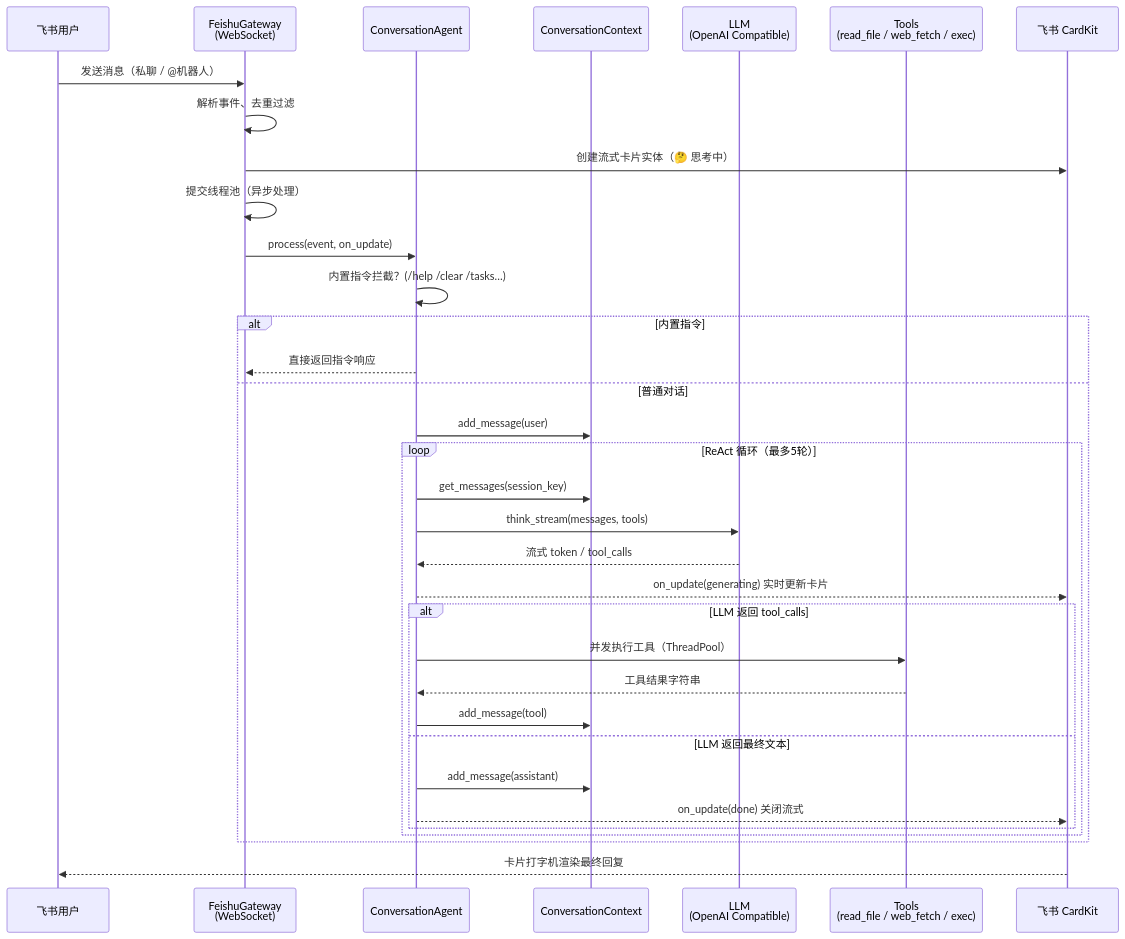
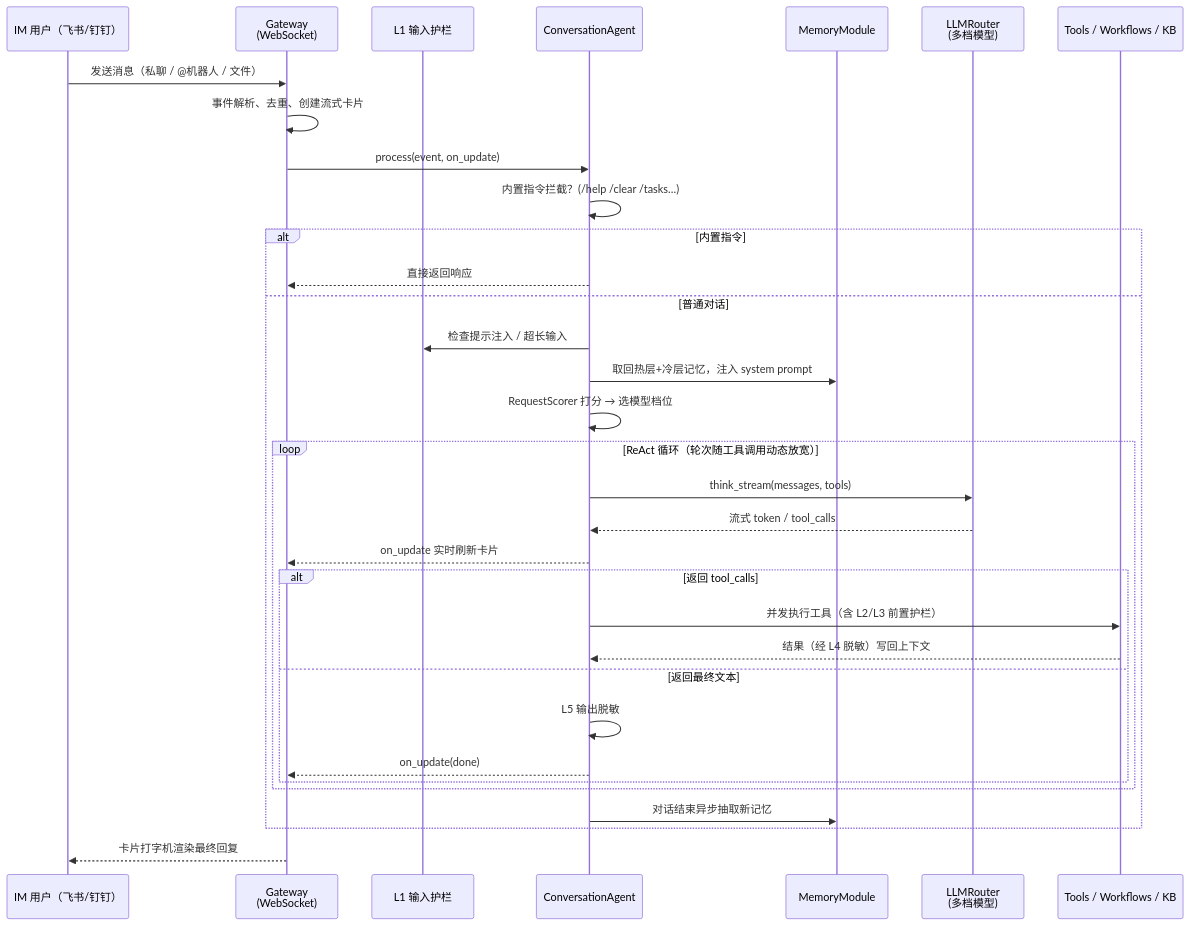
Before and after one commit to lion-no-back/personal_agent: the first of 2 diagrams in README.md, drawn with Mermaid. The commit also changed other lines of this file, not shown here.

````diff
--- a/README.md
+++ b/README.md
@@ -25,38 +140,36 @@
 ```mermaid
 sequenceDiagram
-    participant U as 飞书用户
-    participant GW as FeishuGateway<br/>(WebSocket)
+    participant U as IM 用户（飞书/钉钉）
+    participant GW as Gateway<br/>(WebSocket)
+    participant G1 as L1 输入护栏
     participant AG as ConversationAgent
-    participant CTX as ConversationContext
-    participant LLM as LLM<br/>(OpenAI Compatible)
-    participant T as Tools<br/>(read_file / web_fetch / exec)
-    participant CK as 飞书 CardKit
+    participant MEM as MemoryModule
+    participant LLM as LLMRouter<br/>(多档模型)
+    participant T as Tools / Workflows / KB
 
-    U->>GW: 发送消息（私聊 / @机器人）
-    GW->>GW: 解析事件、去重过滤
-    GW->>CK: 创建流式卡片实体（🤔 思考中）
-    GW->>GW: 提交线程池（异步处理）
+    U->>GW: 发送消息（私聊 / @机器人 / 文件）
+    GW->>GW: 事件解析、去重、创建流式卡片
     GW->>AG: process(event, on_update)
-
     AG->>AG: 内置指令拦截？(/help /clear /tasks…)
     alt 内置指令
-        AG-->>GW: 直接返回指令响应
+        AG-->>GW: 直接返回响应
     else 普通对话
-        AG->>CTX: add_message(user)
-        loop ReAct 循环（最多5轮）
-            AG->>CTX: get_messages(session_key)
+        AG->>G1: 检查提示注入 / 超长输入
+        AG->>MEM: 取回热层+冷层记忆，注入 system prompt
+        AG->>AG: RequestScorer 打分 → 选模型档位
+        loop ReAct 循环（轮次随工具调用动态放宽）
             AG->>LLM: think_stream(messages, tools)
             LLM-->>AG: 流式 token / tool_calls
-            AG-->>CK: on_update(generating) 实时更新卡片
-            alt LLM 返回 tool_calls
-                AG->>T: 并发执行工具（ThreadPool）
-                T-->>AG: 工具结果字符串
-                AG->>CTX: add_message(tool)
-            else LLM 返回最终文本
-                AG->>CTX: add_message(assistant)
-                AG-->>CK: on_update(done) 关闭流式
+            AG-->>GW: on_update 实时刷新卡片
+            alt 返回 tool_calls
+                AG->>T: 并发执行工具（含 L2/L3 前置护栏）
+                T-->>AG: 结果（经 L4 脱敏）写回上下文
+            else 返回最终文本
+                AG->>AG: L5 输出脱敏
+                AG-->>GW: on_update(done)
             end
         end
+        AG->>MEM: 对话结束异步抽取新记忆
     end
-    CK-->>U: 卡片打字机渲染最终回复
+    GW-->>U: 卡片打字机渲染最终回复
 ```
````
